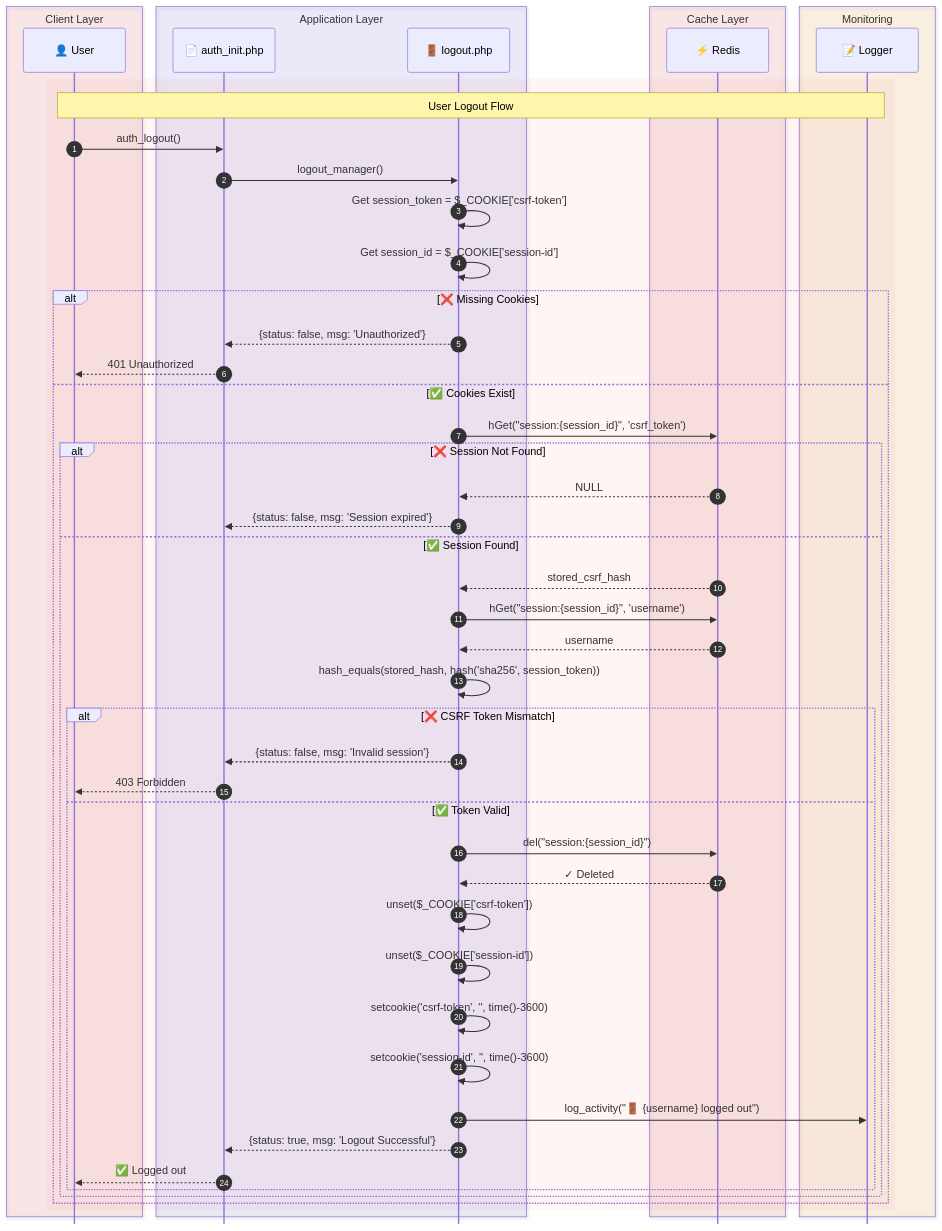
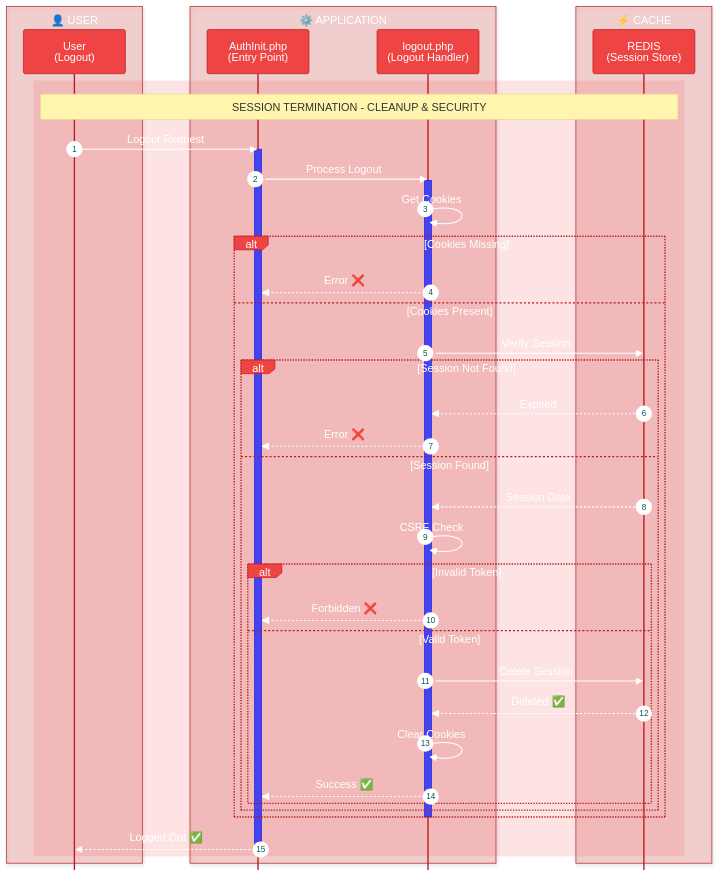
One commit to Vercodea/auth-core changed the fifth of 8 diagrams in README.md. Above: the diagram before and after it, drawn with Mermaid. The commit also changed other lines of this file, not shown here.

Commit message:
Initial commit: Vercodea Auth Core v1.0.0

````diff
--- a/README.md
+++ b/README.md
@@ -852,68 +768,47 @@
 ```mermaid
-%%{init: {'theme': 'default', 'themeVariables': { 'primaryColor': '#ef4444', 'primaryTextColor': '#ffffff', 'primaryBorderColor': '#b91c1c', 'lineColor': '#ef4444', 'fontSize': '16px', 'fontFamily': 'arial'}, 'sequence': {'mirrorActors': false}}}%%
+%%{init: {'theme': 'base', 'themeVariables': {'fontSize': '32px', 'fontFamily': 'arial', 'primaryColor': '#ef4444', 'primaryTextColor': '#ffffff', 'primaryBorderColor': '#b91c1c', 'lineColor': '#fca5a5', 'tertiaryColor': '#fee2e2', 'tertiaryBorderColor': '#fca5a5', 'tertiaryTextColor': '#7f1d1d'}, 'sequence': {'mirrorActors': false, 'actorMargin': 100, 'actorFontSize': '32px', 'messageFontSize': '32px'}}}%%
 sequenceDiagram
     autonumber
-    box rgb(239, 68, 68, 0.1) Client Layer
-        participant User as 👤 User
+    box rgb(239, 68, 68, 0.2) 👤 USER
+        participant User as User<br/>(Logout)
     end
-    box rgb(99, 102, 241, 0.1) Application Layer
-        participant Auth as 📄 auth_init.php
-        participant Logout as 🚪 logout.php
+    box rgb(239, 68, 68, 0.2) ⚙️ APPLICATION
+        participant Auth as AuthInit.php<br/>(Entry Point)
+        participant Logout as logout.php<br/>(Logout Handler)
     end
-    box rgb(239, 68, 68, 0.1) Cache Layer
-        participant Redis as ⚡ Redis
-    end
-    box rgb(245, 158, 11, 0.1) Monitoring
-        participant Logs as 📝 Logger
+    box rgb(239, 68, 68, 0.2) ⚡ CACHE
+        participant Redis as REDIS<br/>(Session Store)
     end
     
-    rect rgb(239, 68, 68, 0.05)
-        Note over User,Logs: User Logout Flow
-        
-        User->>Auth: auth_logout()
-        Auth->>Logout: logout_manager()
-        
-        Logout->>Logout: Get session_token = $_COOKIE['csrf-token']
-        Logout->>Logout: Get session_id = $_COOKIE['session-id']
-        
-        alt ❌ Missing Cookies
-            Logout-->>Auth: {status: false, msg: 'Unauthorized'}
-            Auth-->>User: 401 Unauthorized
-        else ✅ Cookies Exist
-            
-            Logout->>Redis: hGet("session:{session_id}", 'csrf_token')
-            
-            alt ❌ Session Not Found
-                Redis-->>Logout: NULL
-                Logout-->>Auth: {status: false, msg: 'Session expired'}
-            else ✅ Session Found
-                Redis-->>Logout: stored_csrf_hash
-                
-                Logout->>Redis: hGet("session:{session_id}", 'username')
-                Redis-->>Logout: username
-                
-                Logout->>Logout: hash_equals(stored_hash, hash('sha256', session_token))
-                
-                alt ❌ CSRF Token Mismatch
-                    Logout-->>Auth: {status: false, msg: 'Invalid session'}
-                    Auth-->>User: 403 Forbidden
-                else ✅ Token Valid
-                    
-                    Logout->>Redis: del("session:{session_id}")
-                    Redis-->>Logout: ✓ Deleted
-                    
-                    Logout->>Logout: unset($_COOKIE['csrf-token'])
-                    Logout->>Logout: unset($_COOKIE['session-id'])
-                    
-                    Logout->>Logout: setcookie('csrf-token', '', time()-3600)
-                    Logout->>Logout: setcookie('session-id', '', time()-3600)
-                    
-                    Logout->>Logs: log_activity("🚪 {username} logged out")
-                    
-                    Logout-->>Auth: {status: true, msg: 'Logout Successful'}
-                    Auth-->>User: ✅ Logged out
+    rect rgb(239, 68, 68, 0.15)
+        Note over User,Redis: SESSION TERMINATION - CLEANUP & SECURITY
+        User->>Auth: Logout Request
+        activate Auth
+        Auth->>Logout: Process Logout
+        activate Logout
+        Logout->>Logout: Get Cookies
+        alt Cookies Missing
+            Logout-->>Auth: Error ❌
+        else Cookies Present
+            Logout->>Redis: Verify Session
+            alt Session Not Found
+                Redis-->>Logout: Expired
+                Logout-->>Auth: Error ❌
+            else Session Found
+                Redis-->>Logout: Session Data
+                Logout->>Logout: CSRF Check
+                alt Invalid Token
+                    Logout-->>Auth: Forbidden ❌
+                else Valid Token
+                    Logout->>Redis: Delete Session
+                    Redis-->>Logout: Deleted ✅
+                    Logout->>Logout: Clear Cookies
+                    Logout-->>Auth: Success ✅
                 end
             end
         end
+        deactivate Logout
+        Auth-->>User: Logged Out ✅
+        deactivate Auth
     end
 ```
````
